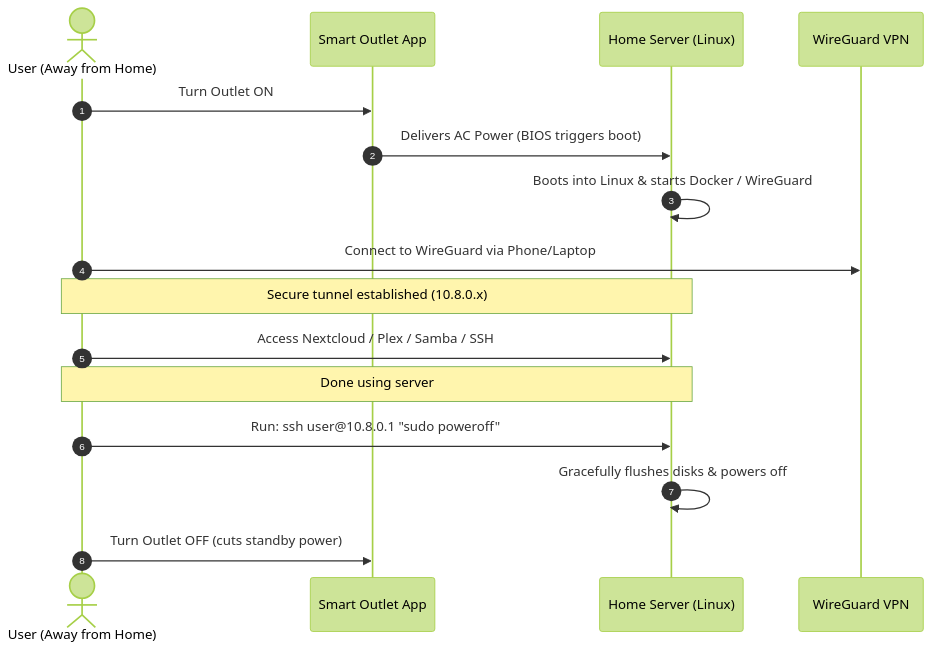
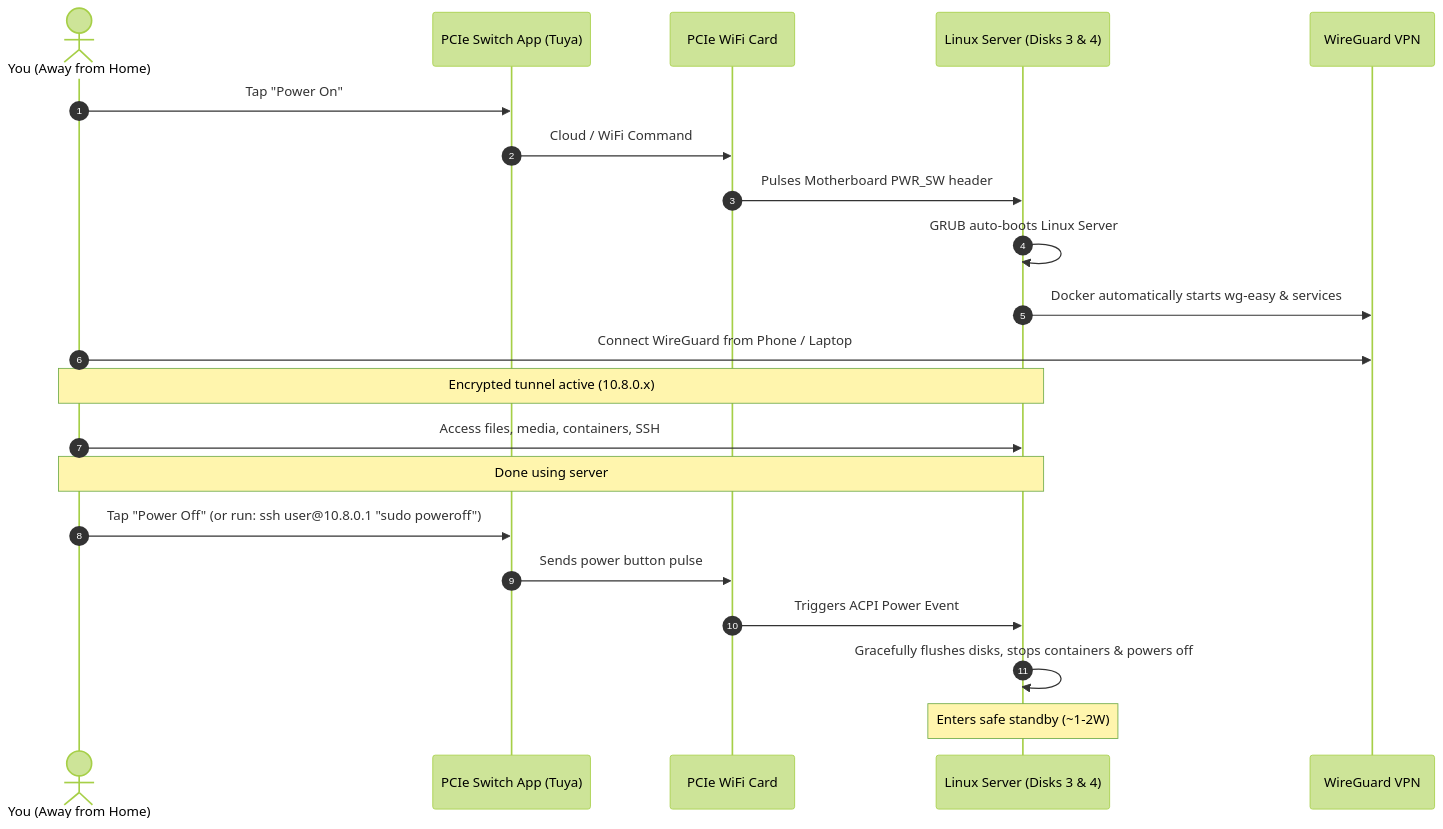
One commit to P1gBagPt-Homelab/home-server changed the diagram in docs/04-remote-access-and-networking.md. Above: the diagram before and after it, drawn with Mermaid (forest theme). The commit also changed other lines of this file, not shown here.

Commit message:
docs: update WireGuard lifecycle sequence to reflect PCIe app power triggers

````diff
--- a/docs/04-remote-access-and-networking.md
+++ b/docs/04-remote-access-and-networking.md
@@ -75,19 +75,24 @@
 ```mermaid
 sequenceDiagram
     autonumber
-    actor User as User (Away from Home)
-    participant Plug as Smart Outlet App
-    participant PC as Home Server (Linux)
+    actor User as You (Away from Home)
+    participant App as PCIe Switch App (Tuya)
+    participant Card as PCIe WiFi Card
+    participant PC as Linux Server (Disks 3 & 4)
     participant WG as WireGuard VPN
     
-    User->>Plug: Turn Outlet ON
-    Plug->>PC: Delivers AC Power (BIOS triggers boot)
-    PC->>PC: Boots into Linux & starts Docker / WireGuard
-    User->>WG: Connect to WireGuard via Phone/Laptop
-    Note over User,PC: Secure tunnel established (10.8.0.x)
-    User->>PC: Access Nextcloud / Plex / Samba / SSH
+    User->>App: Tap "Power On"
+    App->>Card: Cloud / WiFi Command
+    Card->>PC: Pulses Motherboard PWR_SW header
+    PC->>PC: GRUB auto-boots Linux Server
+    PC->>WG: Docker automatically starts wg-easy & services
+    User->>WG: Connect WireGuard from Phone / Laptop
+    Note over User,PC: Encrypted tunnel active (10.8.0.x)
+    User->>PC: Access files, media, containers, SSH
     Note over User,PC: Done using server
-    User->>PC: Run: ssh user@10.8.0.1 "sudo poweroff"
-    PC->>PC: Gracefully flushes disks & powers off
-    User->>Plug: Turn Outlet OFF (cuts standby power)
+    User->>App: Tap "Power Off" (or run: ssh user@10.8.0.1 "sudo poweroff")
+    App->>Card: Sends power button pulse
+    Card->>PC: Triggers ACPI Power Event
+    PC->>PC: Gracefully flushes disks, stops containers & powers off
+    Note over PC: Enters safe standby (~1-2W)
 ```
````
